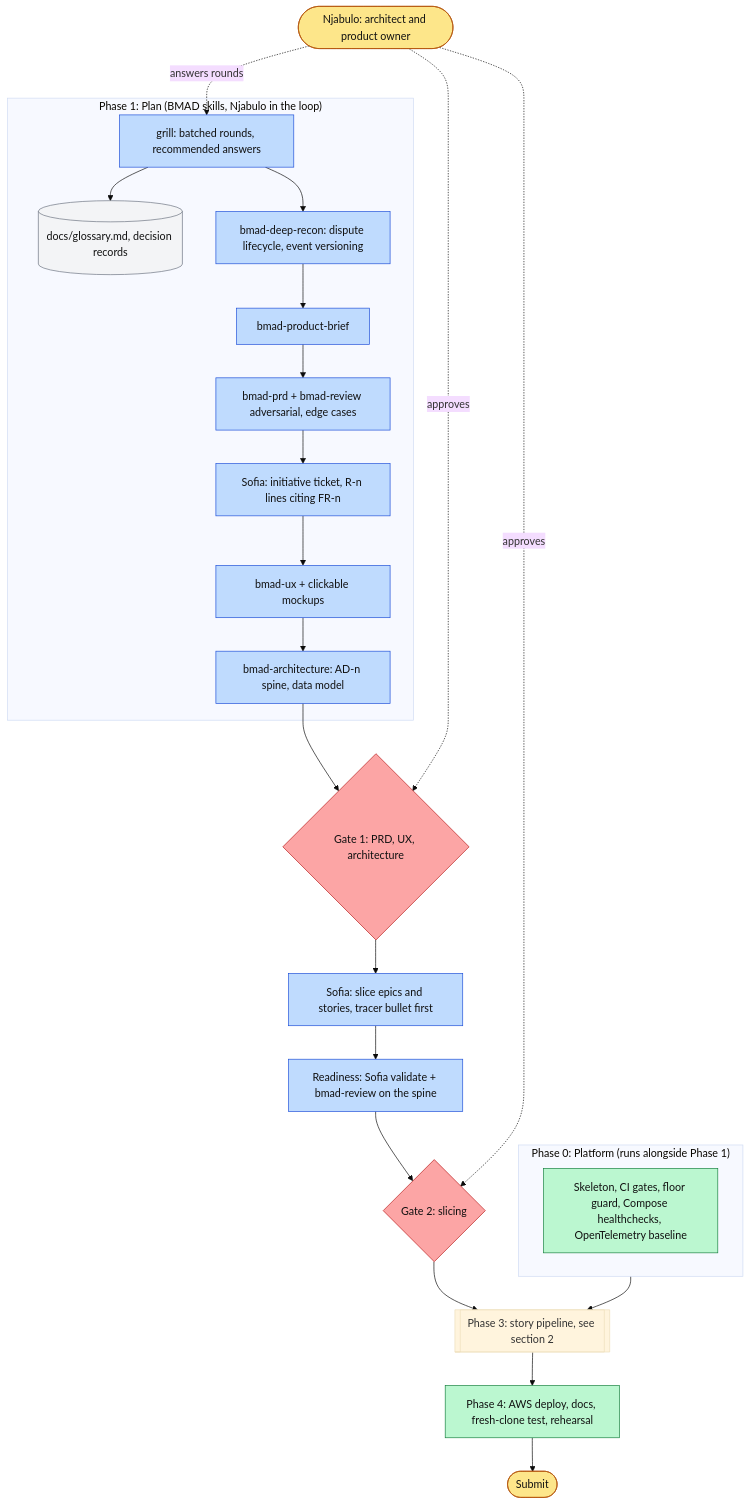
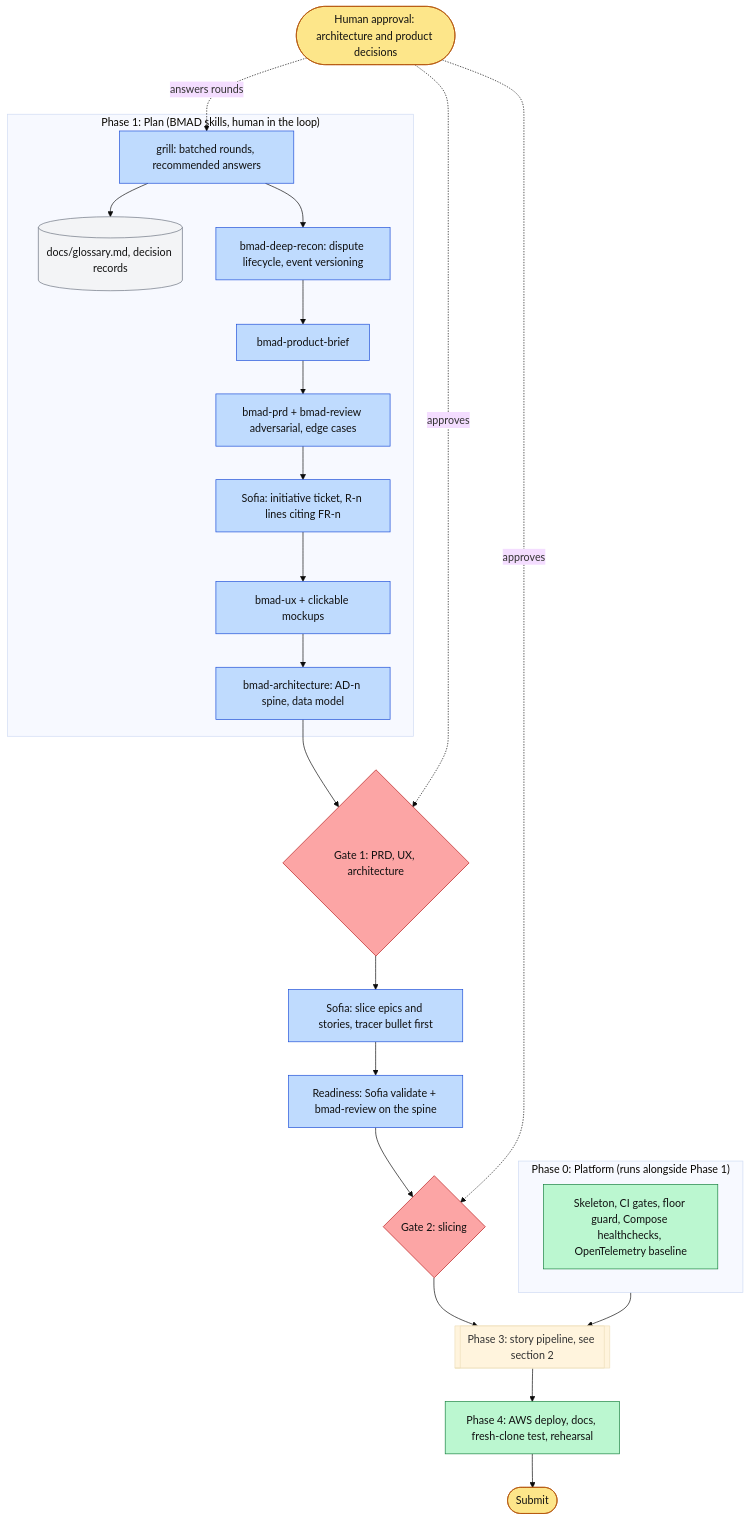
The first of 3 diagrams in docs/process/agentic-sdlc.md (njabulozmnisi/disputedesk), drawn with Mermaid (base theme) before and after one commit. The commit also changed other lines of this file and 28 other files, not shown here.

Commit message:
docs: final architecture, Gate 1 amendments, Microsoft Learn conventions, PascalCase naming, neutral language

````diff
--- a/docs/process/agentic-sdlc.md
+++ b/docs/process/agentic-sdlc.md
@@ -7,38 +7,38 @@
 ```mermaid
 flowchart TB
     classDef human fill:#fde68a,stroke:#b45309,color:#111
     classDef gate fill:#fca5a5,stroke:#b91c1c,color:#111
     classDef skill fill:#bfdbfe,stroke:#1d4ed8,color:#111
     classDef agent fill:#bbf7d0,stroke:#15803d,color:#111
     classDef artifact fill:#f3f4f6,stroke:#6b7280,color:#111
 
-    N([Njabulo: architect and product owner]):::human
+    N([Human approval: architecture and product decisions]):::human
 
-    subgraph P1["Phase 1: Plan (BMAD skills, Njabulo in the loop)"]
+    subgraph P1["Phase 1: Plan (BMAD skills, human in the loop)"]
         G[grill: batched rounds, recommended answers]:::skill --> GL[(docs/glossary.md, decision records)]:::artifact
         G --> R[bmad-deep-recon: dispute lifecycle, event versioning]:::skill
         R --> B[bmad-product-brief]:::skill
         B --> PRD[bmad-prd + bmad-review adversarial, edge cases]:::skill
         PRD --> S1[Sofia: initiative ticket, R-n lines citing FR-n]:::skill
         S1 --> UX[bmad-ux + clickable mockups]:::skill
         UX --> A[bmad-architecture: AD-n spine, data model]:::skill
     end
 
     A --> G1{Gate 1: PRD, UX, architecture}:::gate
     G1 --> S2[Sofia: slice epics and stories, tracer bullet first]:::skill
     S2 --> RC[Readiness: Sofia validate + bmad-review on the spine]:::skill
     RC --> G2{Gate 2: slicing}:::gate
 
     subgraph P0["Phase 0: Platform (runs alongside Phase 1)"]
         P0a[Skeleton, CI gates, floor guard, Compose healthchecks, OpenTelemetry baseline]:::agent
     end
 
     G2 --> P3[[Phase 3: story pipeline, see section 2]]
     P0 --> P3
     P3 --> P4[Phase 4: AWS deploy, docs, fresh-clone test, rehearsal]:::agent
     P4 --> SUB([Submit]):::human
 
     N -.answers rounds.-> G
     N -.approves.-> G1
     N -.approves.-> G2
 ```
````
